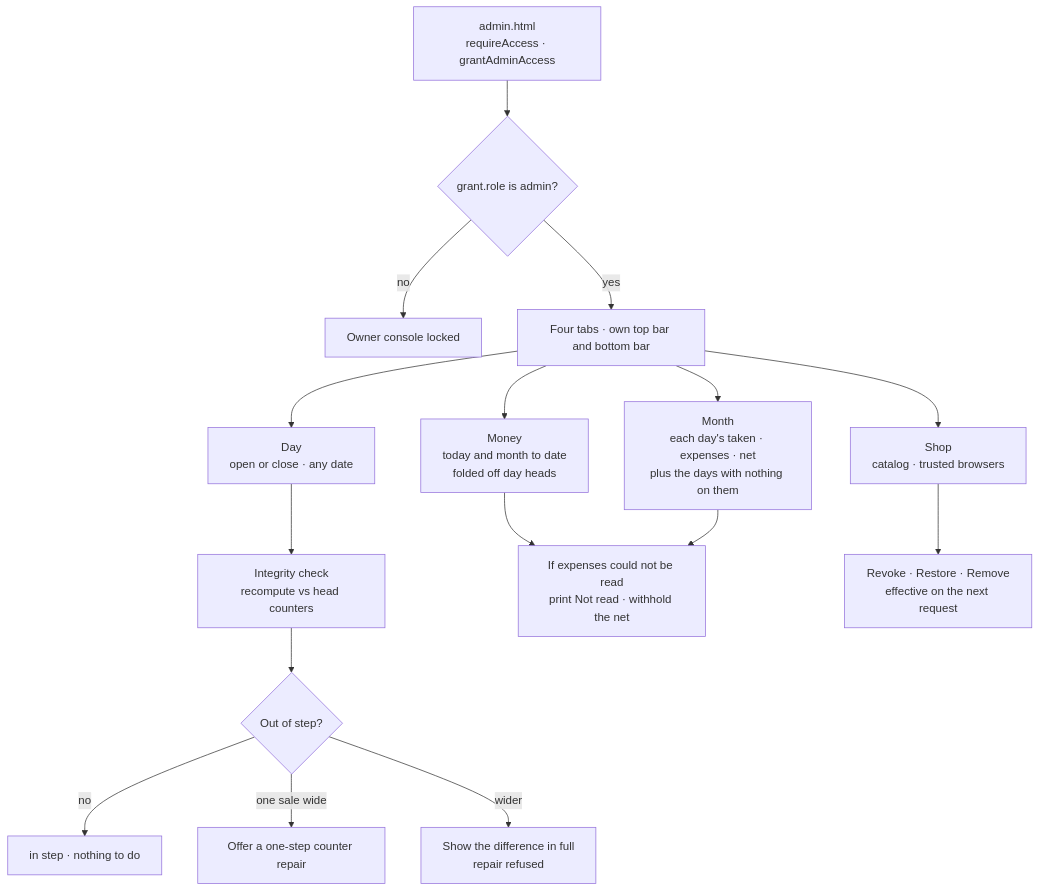
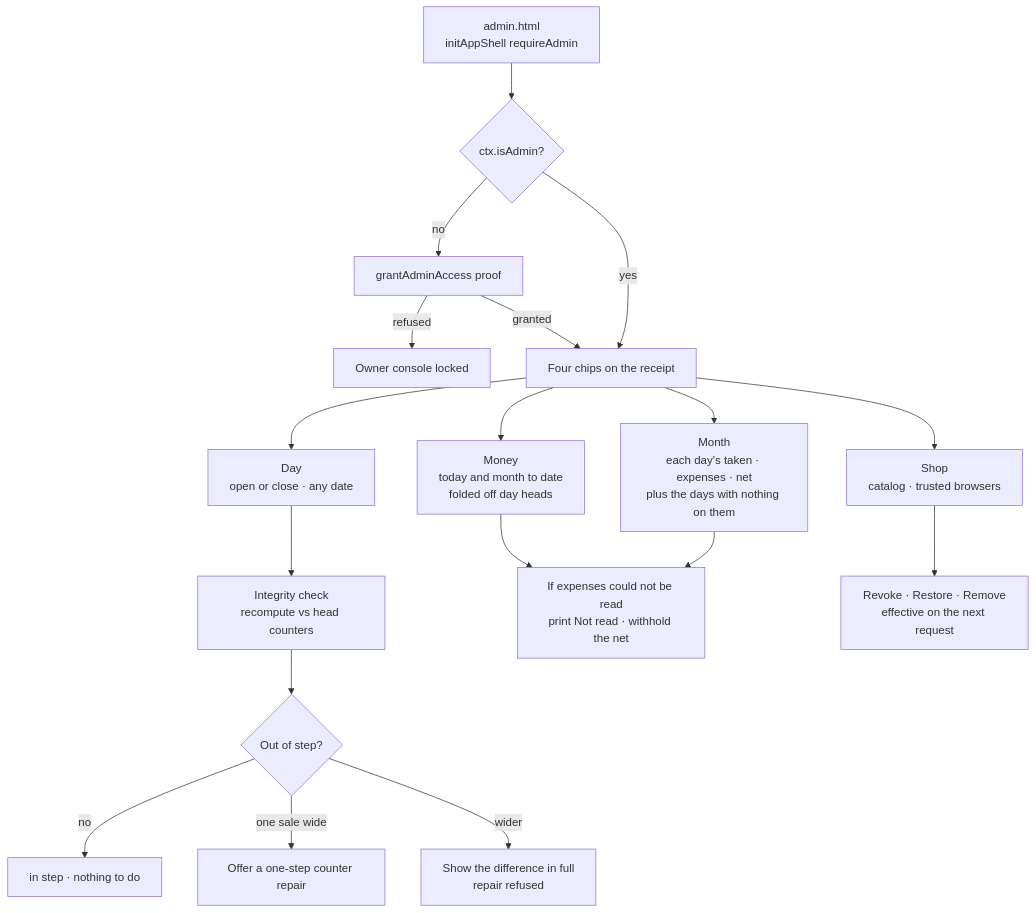
The third of 7 diagrams in README.md (arshinmrelju/leadger), drawn with Mermaid before and after one commit. The commit also changed other lines of this file and 4 other files, not shown here.

````diff
--- a/README.md
+++ b/README.md
@@ -679,18 +684,20 @@
 ```mermaid
 flowchart TD
-    A["admin.html<br/>requireAccess · grantAdminAccess"] --> B{"grant.role is admin?"}
-    B -- no --> C["Owner console locked"]
-    B -- yes --> D["Four tabs · own top bar and bottom bar"]
+    A["admin.html<br/>initAppShell requireAdmin"] --> B{"ctx.isAdmin?"}
+    B -- no --> B2["grantAdminAccess proof"]
+    B2 -- refused --> C["Owner console locked"]
+    B2 -- granted --> D
+    B -- yes --> D["Four chips on the receipt"]
     D --> E["Money<br/>today and month to date<br/>folded off day heads"]
     D --> F["Month<br/>each day's taken · expenses · net<br/>plus the days with nothing on them"]
     D --> G["Day<br/>open or close · any date"]
     D --> H["Shop<br/>catalog · trusted browsers"]
     G --> I["Integrity check<br/>recompute vs head counters"]
     I --> J{"Out of step?"}
     J -- no --> K["in step · nothing to do"]
     J -- "one sale wide" --> L["Offer a one-step counter repair"]
     J -- wider --> M["Show the difference in full<br/>repair refused"]
     E --> N["If expenses could not be read<br/>print Not read · withhold the net"]
     F --> N
     H --> P["Revoke · Restore · Remove<br/>effective on the next request"]
 ```
````
